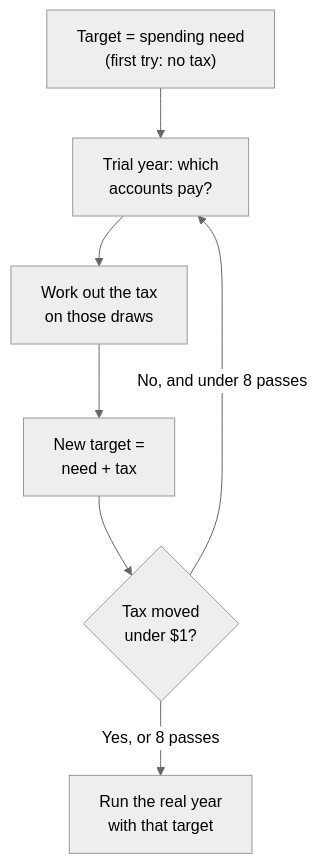
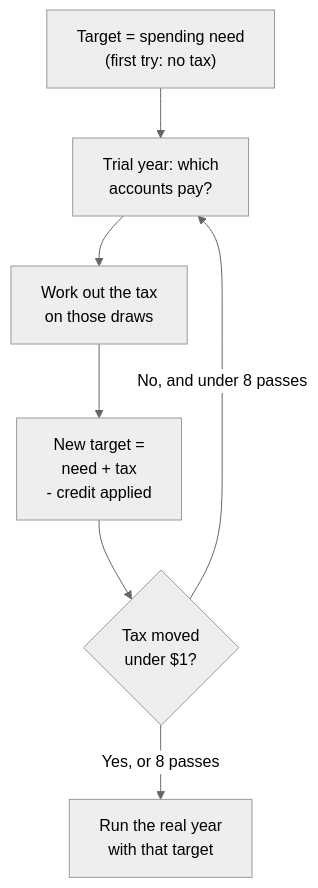
One commit to Smiley73/retivo changed the diagram in docs/math-withdrawals.md. Above: the diagram before and after it, drawn with Mermaid (neutral theme). The commit also changed other lines of this file and 102 other files, not shown here.

````diff
--- a/docs/math-withdrawals.md
+++ b/docs/math-withdrawals.md
@@ -265,10 +265,10 @@
 ```mermaid
 flowchart TD
     A["Target = spending need<br/>(first try: no tax)"]
     A --> B["Trial year: which<br/>accounts pay?"]
     B --> C["Work out the tax<br/>on those draws"]
-    C --> D["New target =<br/>need + tax"]
+    C --> D["New target =<br/>need + tax<br/>- credit applied"]
     D --> E{"Tax moved<br/>under $1?"}
     E -- "No, and under 8 passes" --> B
     E -- "Yes, or 8 passes" --> F["Run the real year<br/>with that target"]
 ```
````
